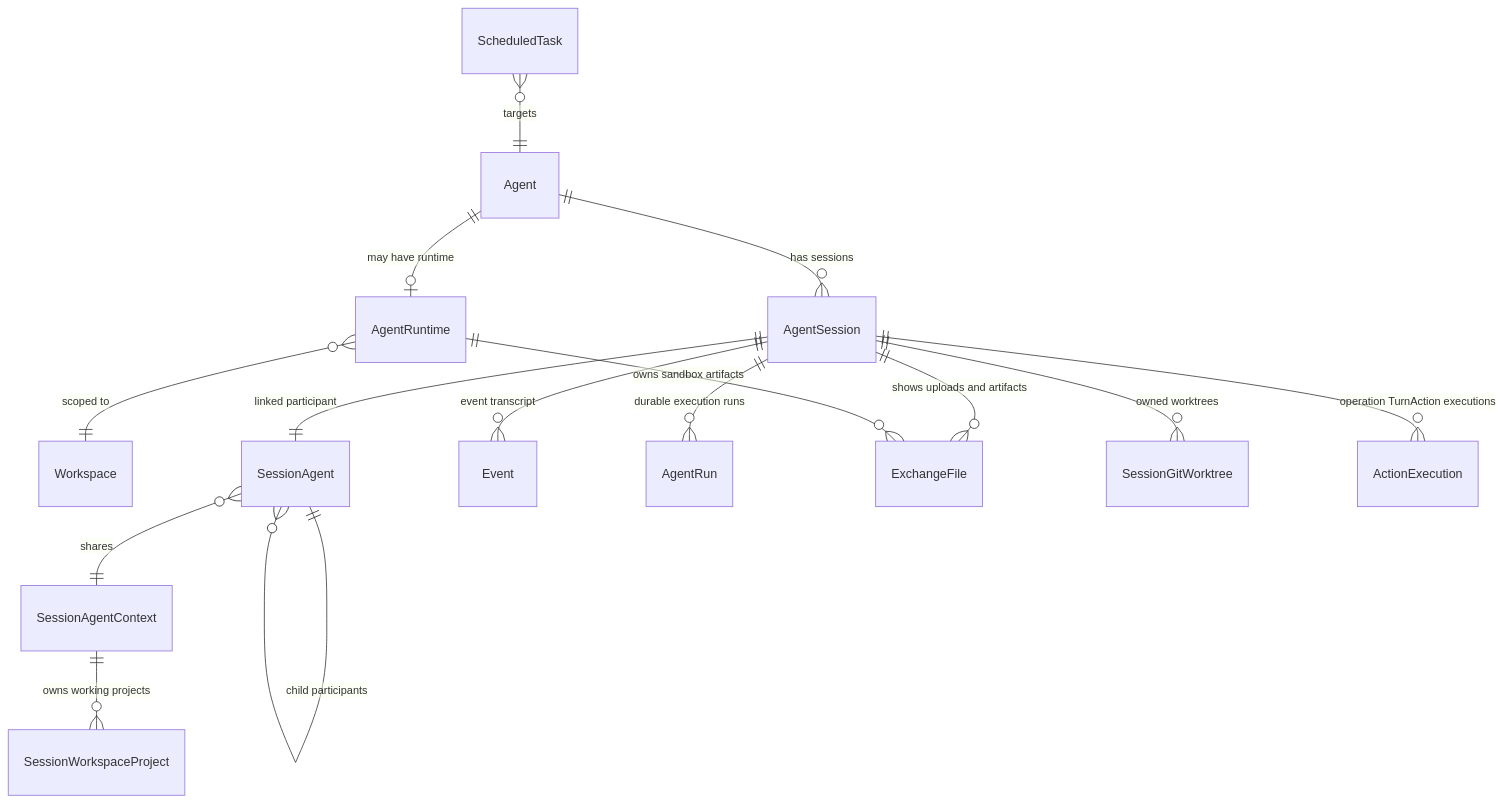
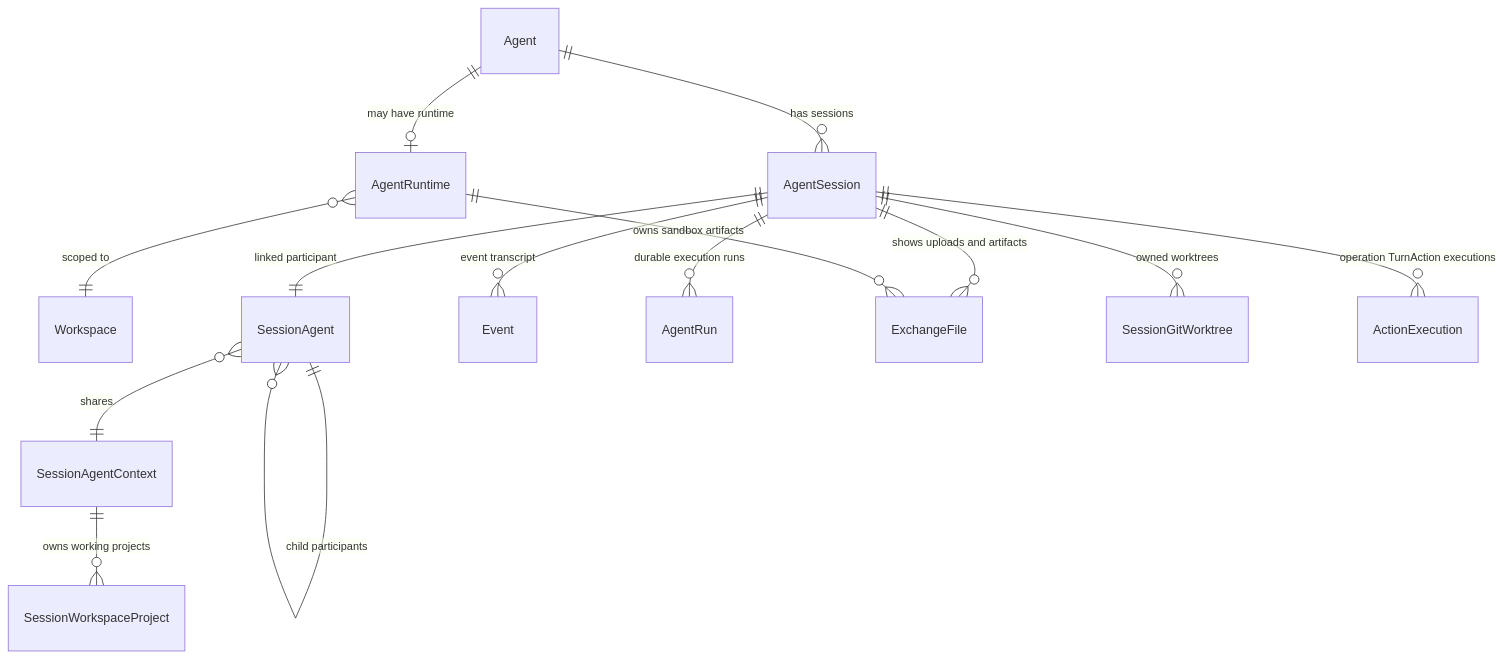
The diagram in docs/azents/spec/domain/conversation.md (azents/azents), drawn with Mermaid before and after one commit. The commit also changed other lines of this file and 3 other files, not shown here.

````diff
--- a/docs/azents/spec/domain/conversation.md
+++ b/docs/azents/spec/domain/conversation.md
@@ -138,17 +128,16 @@
 ```mermaid
 erDiagram
     Agent ||--o| AgentRuntime : "may have runtime"
     Agent ||--o{ AgentSession : "has sessions"
     AgentRuntime }o--|| Workspace : "scoped to"
     AgentSession ||--|| SessionAgent : "linked participant"
     SessionAgent ||--o{ SessionAgent : "child participants"
     SessionAgent }o--|| SessionAgentContext : "shares"
     SessionAgentContext ||--o{ SessionWorkspaceProject : "owns working projects"
     AgentSession ||--o{ Event : "event transcript"
     AgentSession ||--o{ AgentRun : "durable execution runs"
     AgentSession ||--o{ ExchangeFile : "shows uploads and artifacts"
     AgentSession ||--o{ SessionGitWorktree : "owned worktrees"
     AgentSession ||--o{ ActionExecution : "operation TurnAction executions"
     AgentRuntime ||--o{ ExchangeFile : "owns sandbox artifacts"
-    ScheduledTask }o--|| Agent : "targets"
 ```
````
